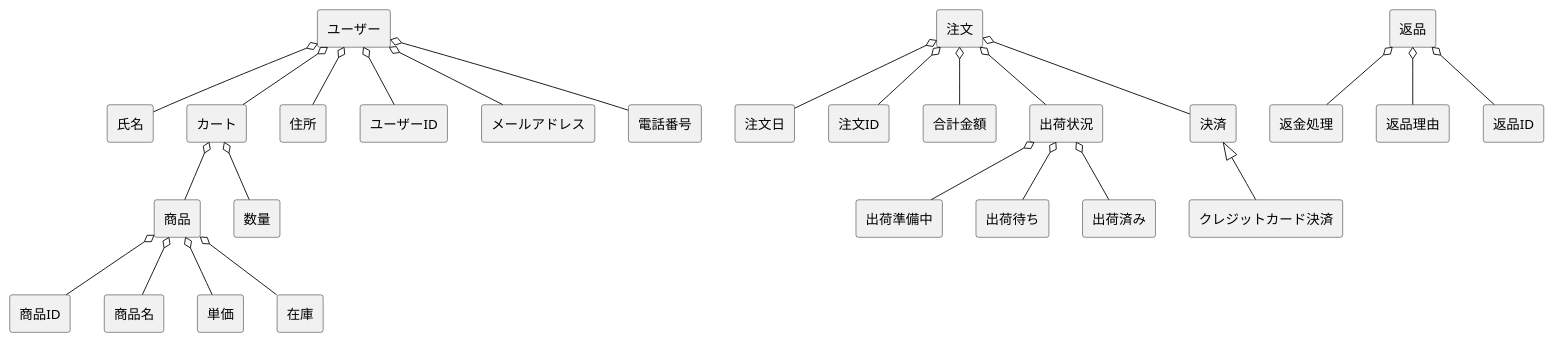
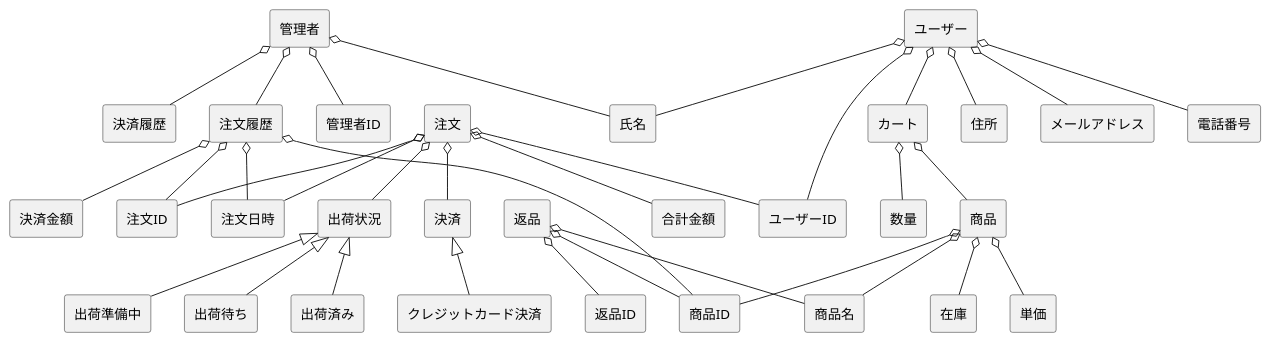
The diagram in domain.pu (mameiku/group3-4), drawn with PlantUML before and after one commit.

Commit message:
ドメインモデルの修正

```diff
--- a/domain.pu
+++ b/domain.pu
@@ -1,34 +1,45 @@
 @startuml ドメインモデル図
 skinparam componentStyle rectangle
 
 [ユーザー] o-- [氏名]
 [ユーザー] o-- [カート]
 [ユーザー] o-- [住所]
 [ユーザー] o-- [ユーザーID]
 [ユーザー] o-- [メールアドレス]
 [ユーザー] o-- [電話番号]
 
-[注文] o-- [注文日]
+[管理者] o-- [注文履歴]
+[管理者] o-- [氏名]
+[管理者] o-- [管理者ID]
+[管理者] o-- [決済履歴]
+
+[注文] o-- [注文日時]
 [注文] o-- [注文ID]
 [注文] o-- [合計金額]
 [注文] o-- [出荷状況]
 [注文] o-- [決済]
+[注文] o-- [ユーザーID]
 
 [商品] o-- [商品ID]
 [商品] o-- [商品名]
 [商品] o-- [単価]
 [商品] o-- [在庫]
 
 [カート] o-- [数量]
 [カート] o-- [商品]
 
+[注文履歴] o-- [注文日時]
+[注文履歴] o-- [注文ID]
+[注文履歴] o-- [決済金額]
+[注文履歴] o-- [商品ID]
+
 [決済] <|-- [クレジットカード決済]
 
-[出荷状況] o-- [出荷準備中]
-[出荷状況] o-- [出荷待ち]
-[出荷状況] o-- [出荷済み]
+[出荷状況] <|-- [出荷準備中]
+[出荷状況] <|-- [出荷待ち]
+[出荷状況] <|-- [出荷済み]
 
-[返品] o-- [返金処理]
-[返品] o-- [返品理由]
+[返品] o-- [商品ID]
+[返品] o-- [商品名]
 [返品] o-- [返品ID]
 @enduml
```
